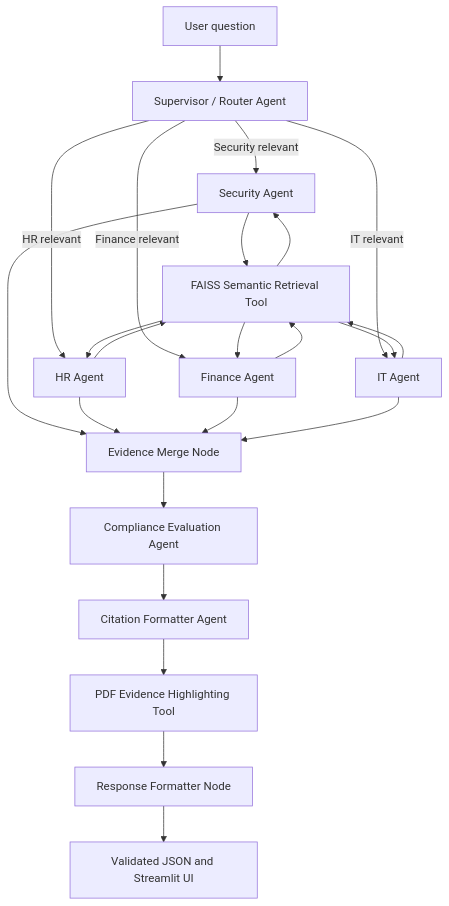
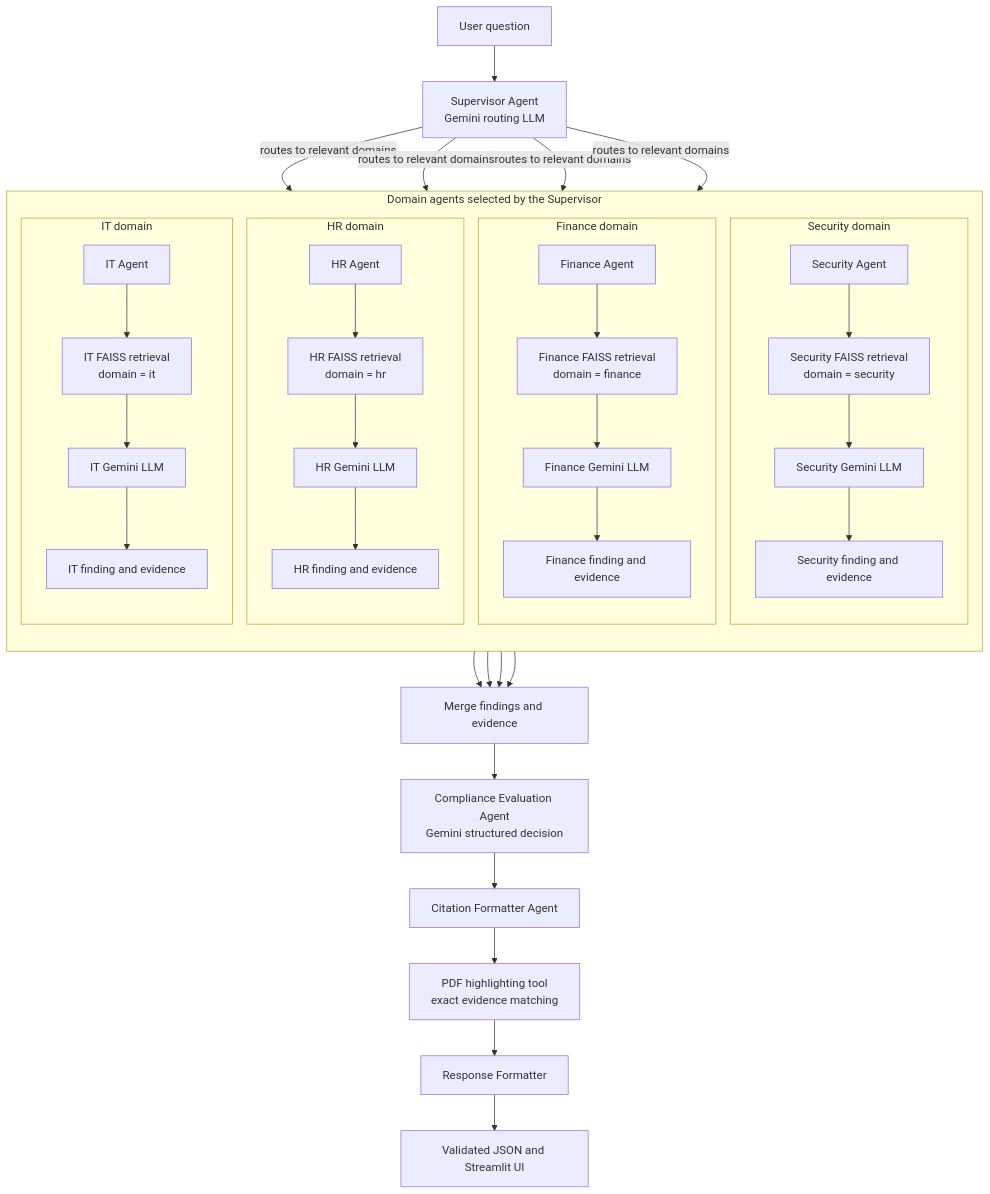
The diagram in README.md (SurekhaPadmam/enterprise-policy-compliance-ai), drawn with Mermaid before and after one commit.

Commit message:
Add project documentation

````diff
--- a/README.md
+++ b/README.md
@@ -19,30 +19,48 @@
 ```mermaid
 flowchart TD
-    Q[User question] --> S[Supervisor / Router Agent]
+    Q[User question] --> SUP[Supervisor Agent<br/>Gemini routing LLM]
 
-    S -->|Security relevant| SEC[Security Agent]
-    S -->|HR relevant| HR[HR Agent]
-    S -->|Finance relevant| FIN[Finance Agent]
-    S -->|IT relevant| IT[IT Agent]
+    subgraph DOMAIN[Domain agents selected by the Supervisor]
+        direction TB
 
-    SEC --> RET[FAISS Semantic Retrieval Tool]
-    HR --> RET
-    FIN --> RET
-    IT --> RET
+        subgraph HRLANE[HR domain]
+            HR[HR Agent] --> HRRAG[HR FAISS retrieval<br/>domain = hr]
+            HRRAG --> HRLLM[HR Gemini LLM]
+            HRLLM --> HRF[HR finding and evidence]
+        end
 
-    RET --> SEC
-    RET --> HR
-    RET --> FIN
-    RET --> IT
+        subgraph FINLANE[Finance domain]
+            FIN[Finance Agent] --> FINRAG[Finance FAISS retrieval<br/>domain = finance]
+            FINRAG --> FINLLM[Finance Gemini LLM]
+            FINLLM --> FINF[Finance finding and evidence]
+        end
 
-    SEC --> MERGE[Evidence Merge Node]
-    HR --> MERGE
-    FIN --> MERGE
-    IT --> MERGE
+        subgraph SECLANE[Security domain]
+            SEC[Security Agent] --> SECRAG[Security FAISS retrieval<br/>domain = security]
+            SECRAG --> SECLLM[Security Gemini LLM]
+            SECLLM --> SECF[Security finding and evidence]
+        end
 
-    MERGE --> COMP[Compliance Evaluation Agent]
+        subgraph ITLANE[IT domain]
+            IT[IT Agent] --> ITRAG[IT FAISS retrieval<br/>domain = it]
+            ITRAG --> ITLLM[IT Gemini LLM]
+            ITLLM --> ITF[IT finding and evidence]
+        end
+    end
+
+    SUP -->|routes to relevant domains| HR
+    SUP -->|routes to relevant domains| FIN
+    SUP -->|routes to relevant domains| SEC
+    SUP -->|routes to relevant domains| IT
+
+    HRF --> MERGE[Merge findings and evidence]
+    FINF --> MERGE
+    SECF --> MERGE
+    ITF --> MERGE
+
+    MERGE --> COMP[Compliance Evaluation Agent<br/>Gemini structured decision]
     COMP --> CITE[Citation Formatter Agent]
-    CITE --> PDF[PDF Evidence Highlighting Tool]
-    PDF --> RESP[Response Formatter Node]
+    CITE --> PDF[PDF highlighting tool<br/>exact evidence matching]
+    PDF --> RESP[Response Formatter]
     RESP --> OUT[Validated JSON and Streamlit UI]
 ```
````
